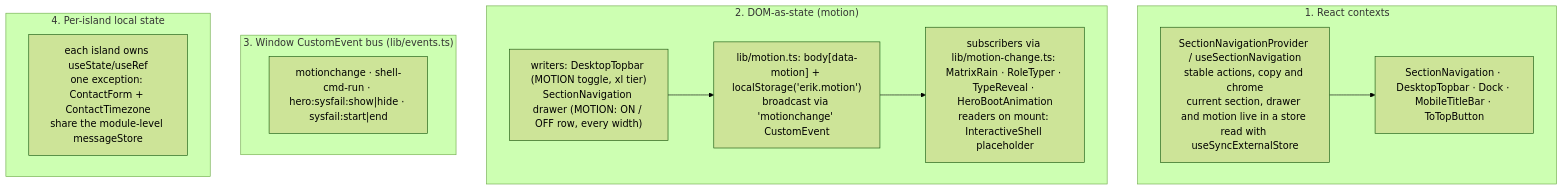
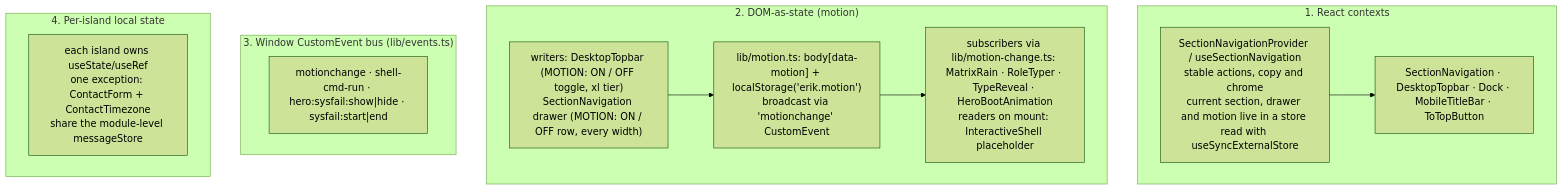
Before and after one commit to erikunha/portfolio: the second of 2 diagrams in docs/04-components-and-state.md, drawn with Mermaid (forest theme). The commit also changed other lines of this file and 38 other files, not shown here.

````diff
--- a/docs/04-components-and-state.md
+++ b/docs/04-components-and-state.md
@@ -111,18 +111,18 @@
 ```mermaid
 flowchart TD
     subgraph ctx["1. React contexts"]
         navigation["SectionNavigationProvider / useSectionNavigation<br/>stable actions, copy and chrome<br/>current section, drawer and motion live in a store read with useSyncExternalStore"]
         navigation --> consumers["SectionNavigation · DesktopTopbar · Dock · MobileTitleBar · ToTopButton"]
     end
     subgraph dom["2. DOM-as-state (motion)"]
         motion["lib/motion.ts: body[data-motion] + localStorage('erik.motion')<br/>broadcast via 'motionchange' CustomEvent"]
-        w1["writers: DesktopTopbar (MOTION toggle, xl tier)<br/>SectionNavigation drawer (MOTION: ON / OFF row, every width)"] --> motion
+        w1["writers: DesktopTopbar (MOTION: ON / OFF toggle, xl tier)<br/>SectionNavigation drawer (MOTION: ON / OFF row, every width)"] --> motion
         motion --> r1["subscribers via lib/motion-change.ts: MatrixRain · RoleTyper · TypeReveal · HeroBootAnimation<br/>readers on mount: InteractiveShell placeholder"]
     end
     subgraph bus["3. Window CustomEvent bus (lib/events.ts)"]
         ev["motionchange · shell-cmd-run · hero:sysfail:show|hide · sysfail:start|end"]
     end
     subgraph local["4. Per-island local state"]
         li["each island owns useState/useRef<br/>one exception: ContactForm + ContactTimezone<br/>share the module-level messageStore"]
     end
 ```
````
